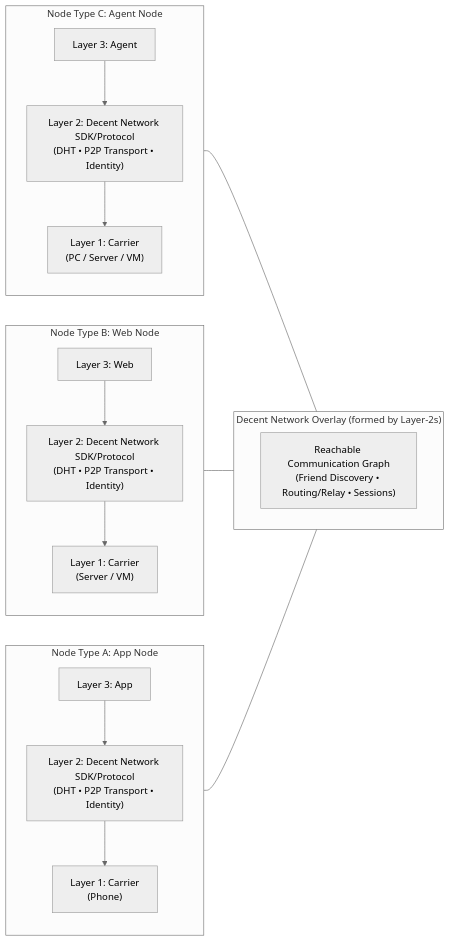
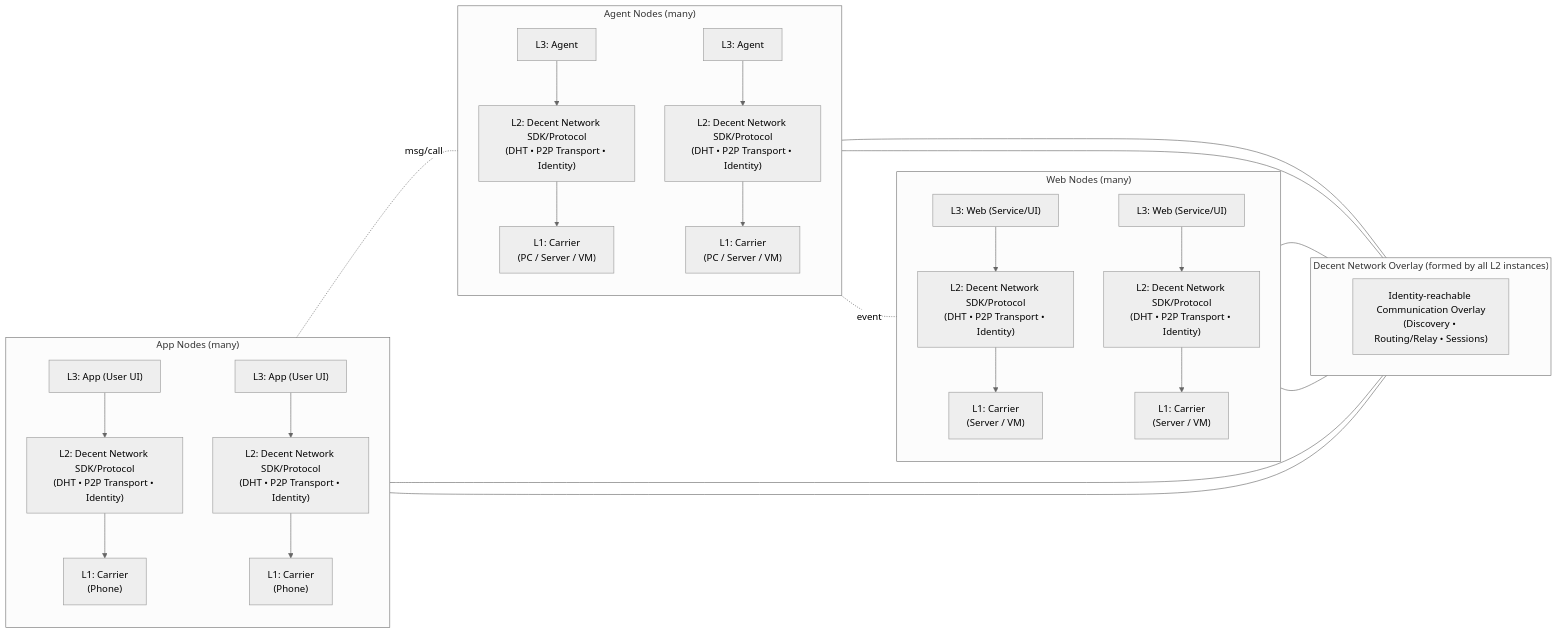
The first of 3 diagrams in whitepaper.zh.md (0xli/0xli), drawn with Mermaid (neutral theme) before and after one commit. The commit also changed other lines of this file, not shown here.

Commit message:
Revise Mermaid diagrams for Decent Network architecture
Updated Mermaid diagrams to reflect changes in node types and their descriptions in the Decent Network architecture.

```````diff
--- a/whitepaper.zh.md
+++ b/whitepaper.zh.md
@@ -40,38 +40,65 @@
 ```mermaid
 flowchart LR
   %% Three-layer model describes the *structure of a node*.
-  %% A network is formed by many nodes running the same Decent Network protocol/SDK.
+  %% A Decent Network overlay is formed by MANY nodes running the same Layer-2 SDK/Protocol.
 
-  subgraph N1["Node Type A: App Node"]
+  %% --- App nodes (multiple) ---
+  subgraph APPN["App Nodes (many)"]
     direction TB
-    N1L3["Layer 3: App"]
-    N1L2["Layer 2: Decent Network SDK/Protocol<br/>(DHT • P2P Transport • Identity)"]
-    N1L1["Layer 1: Carrier<br/>(Phone)"]
-    N1L3 --> N1L2 --> N1L1
+    A1L3["L3: App (User UI)"]
+    A1L2["L2: Decent Network SDK/Protocol<br/>(DHT • P2P Transport • Identity)"]
+    A1L1["L1: Carrier<br/>(Phone)"]
+    A1L3 --> A1L2 --> A1L1
+
+    A2L3["L3: App (User UI)"]
+    A2L2["L2: Decent Network SDK/Protocol<br/>(DHT • P2P Transport • Identity)"]
+    A2L1["L1: Carrier<br/>(Phone)"]
+    A2L3 --> A2L2 --> A2L1
   end
 
-  subgraph N2["Node Type B: Web Node"]
+  %% --- Web nodes (multiple) ---
+  subgraph WEBN["Web Nodes (many)"]
     direction TB
-    N2L3["Layer 3: Web"]
-    N2L2["Layer 2: Decent Network SDK/Protocol<br/>(DHT • P2P Transport • Identity)"]
-    N2L1["Layer 1: Carrier<br/>(Server / VM)"]
-    N2L3 --> N2L2 --> N2L1
+    W1L3["L3: Web (Service/UI)"]
+    W1L2["L2: Decent Network SDK/Protocol<br/>(DHT • P2P Transport • Identity)"]
+    W1L1["L1: Carrier<br/>(Server / VM)"]
+    W1L3 --> W1L2 --> W1L1
+
+    W2L3["L3: Web (Service/UI)"]
+    W2L2["L2: Decent Network SDK/Protocol<br/>(DHT • P2P Transport • Identity)"]
+    W2L1["L1: Carrier<br/>(Server / VM)"]
+    W2L3 --> W2L2 --> W2L1
   end
 
-  subgraph N3["Node Type C: Agent Node"]
+  %% --- Agent nodes (multiple) ---
+  subgraph AGN["Agent Nodes (many)"]
     direction TB
-    N3L3["Layer 3: Agent"]
-    N3L2["Layer 2: Decent Network SDK/Protocol<br/>(DHT • P2P Transport • Identity)"]
-    N3L1["Layer 1: Carrier<br/>(PC / Server / VM)"]
-    N3L3 --> N3L2 --> N3L1
+    G1L3["L3: Agent"]
+    G1L2["L2: Decent Network SDK/Protocol<br/>(DHT • P2P Transport • Identity)"]
+    G1L1["L1: Carrier<br/>(PC / Server / VM)"]
+    G1L3 --> G1L2 --> G1L1
+
+    G2L3["L3: Agent"]
+    G2L2["L2: Decent Network SDK/Protocol<br/>(DHT • P2P Transport • Identity)"]
+    G2L1["L1: Carrier<br/>(PC / Server / VM)"]
+    G2L3 --> G2L2 --> G2L1
   end
 
-  subgraph OVERLAY["Decent Network Overlay (formed by Layer-2s)"]
+  %% Overlay as a wide, short label to avoid truncation
+  subgraph OVER["Decent Network Overlay (formed by all L2 instances)"]
     direction LR
-    O["Reachable Communication Graph<br/>(Friend Discovery • Routing/Relay • Sessions)"]
+    O["Identity-reachable Communication Overlay<br/>(Discovery • Routing/Relay • Sessions)"]
   end
 
-  N1L2 --- O
-  N2L2 --- O
-  N3L2 --- O
-```
+  %% Connect all L2s into the overlay (conceptual)
+  A1L2 --- O
+  A2L2 --- O
+  W1L2 --- O
+  W2L2 --- O
+  G1L2 --- O
+  G2L2 --- O
+
+  %% Optional: show that nodes can communicate via the overlay
+  A1L2 -. "msg/call" .- G1L2
+  G2L2 -. "event" .- W1L2
+``````
```````
